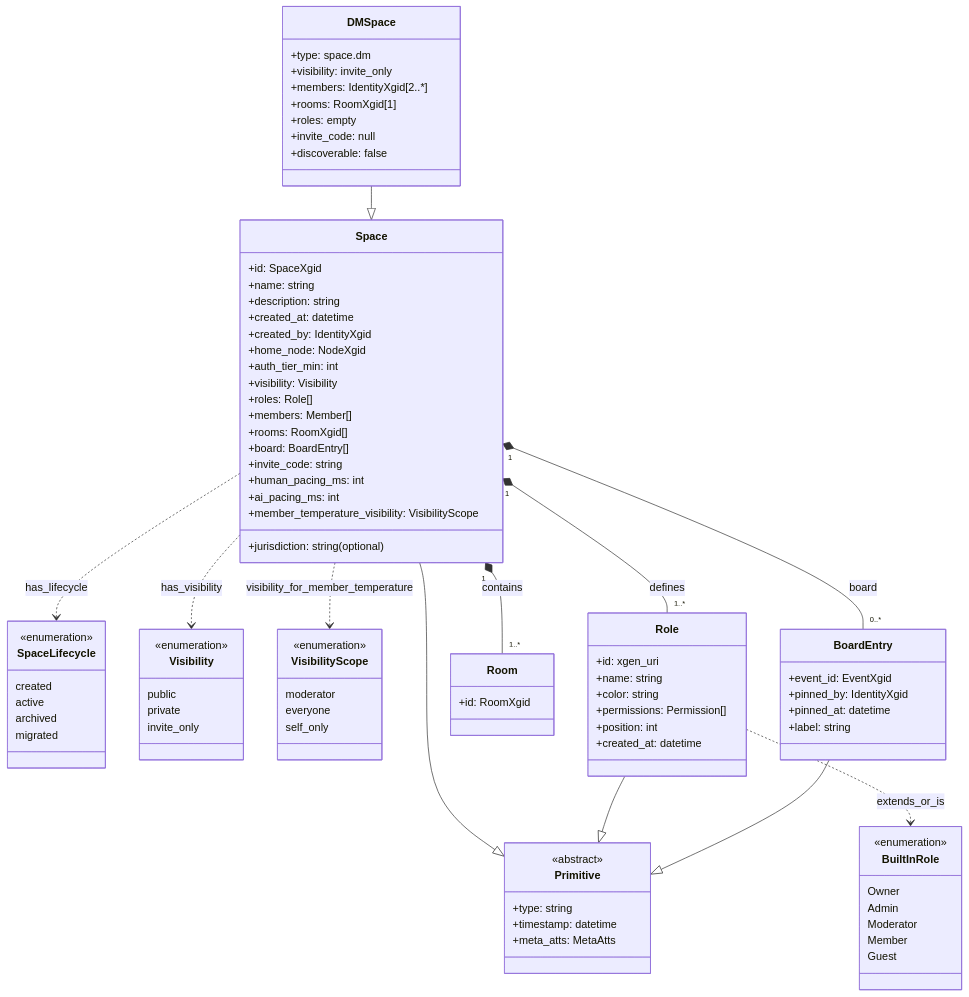
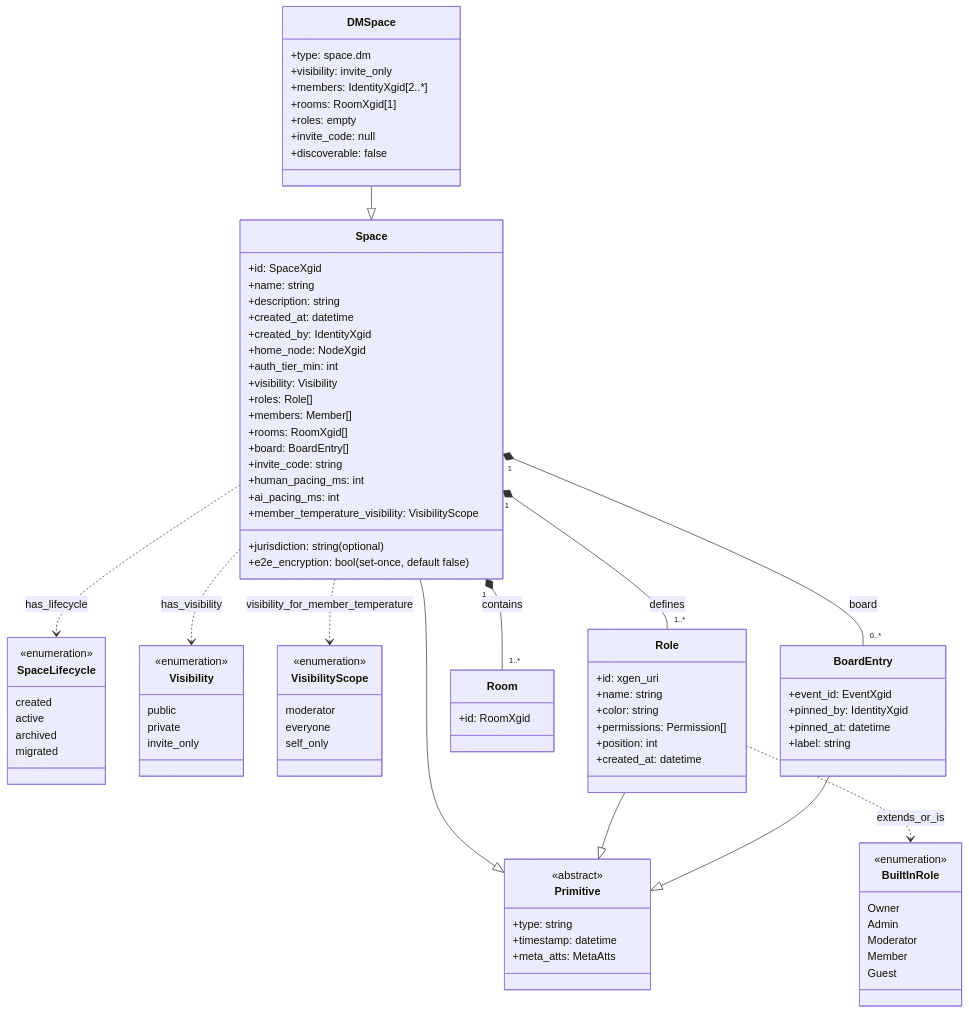
The seventh of 16 diagrams in docs/xgen_appendix_c_en.md (ianus777/XGenProtocol), drawn with Mermaid before and after one commit. The commit also changed other lines of this file and 46 other files, not shown here.

```diff
--- a/docs/xgen_appendix_c_en.md
+++ b/docs/xgen_appendix_c_en.md
@@ -571,6 +572,7 @@
         +ai_pacing_ms: int
         +member_temperature_visibility: VisibilityScope
         +jurisdiction: string (optional)
+        +e2e_encryption: bool (set-once, default false)
     }
     class DMSpace {
         +type: space.dm
```
